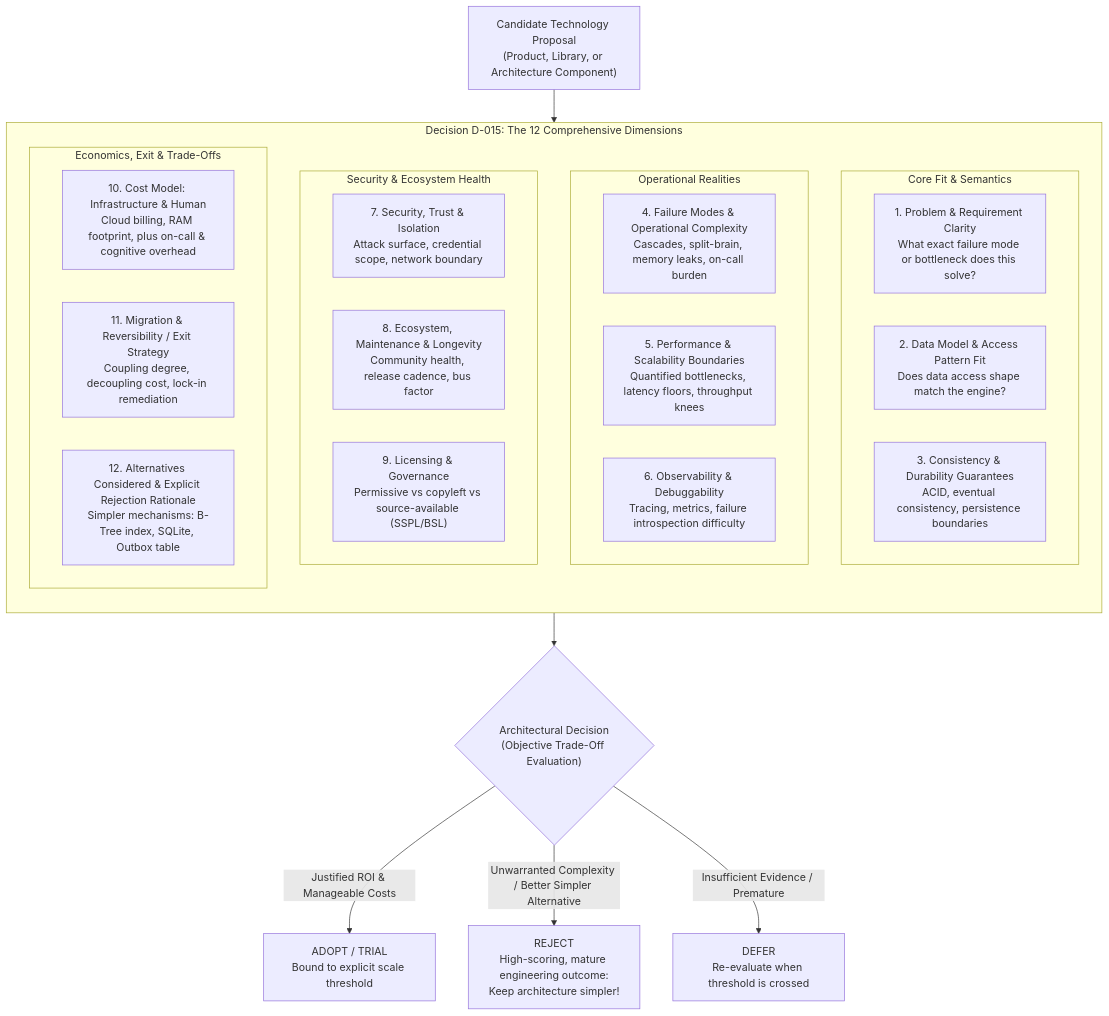
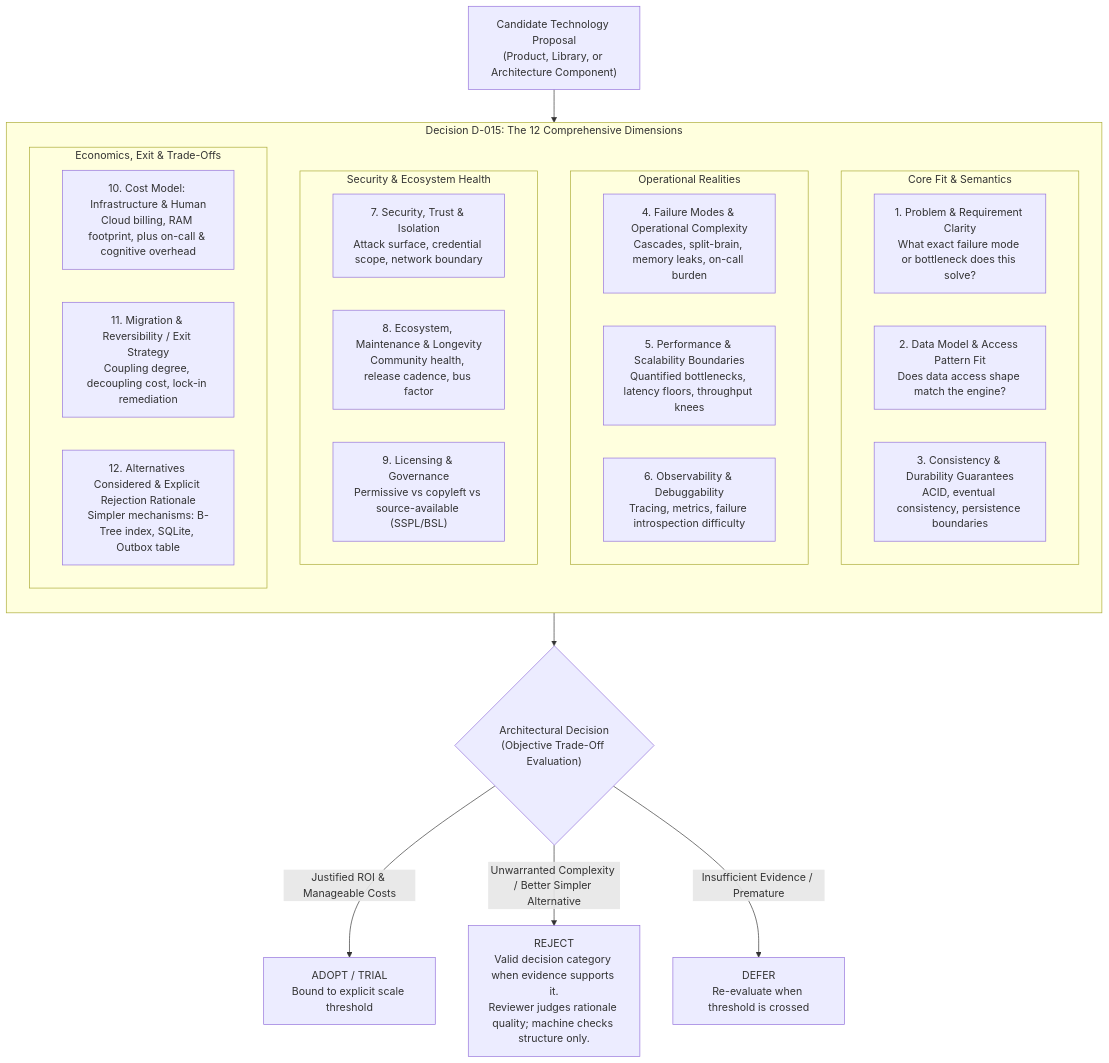
Before and after one commit to CN-JJB/essential-cs: the diagram in book/23-systems-thinking-judgment/visuals/FIG-M23-03-decision-d015-technology-evaluation.mmd, drawn with Mermaid. The commit also changed 5 other files, not shown here.

```diff
--- a/book/23-systems-thinking-judgment/visuals/FIG-M23-03-decision-d015-technology-evaluation.mmd
+++ b/book/23-systems-thinking-judgment/visuals/FIG-M23-03-decision-d015-technology-evaluation.mmd
@@ -1,36 +1,36 @@
 %% FIG-M23-03 — Decision D-015 12-Dimension Technology Evaluation Framework
 %% Original, course-owned, editable Mermaid source for Essential CS.
 flowchart TB
     CAND["Candidate Technology Proposal<br/>(Product, Library, or Architecture Component)"] --> D12
 
     subgraph D12 ["Decision D-015: The 12 Comprehensive Dimensions"]
         direction TB
         subgraph G1 ["Core Fit & Semantics"]
             D1["1. Problem & Requirement Clarity<br/>What exact failure mode or bottleneck does this solve?"]
             D2["2. Data Model & Access Pattern Fit<br/>Does data access shape match the engine?"]
             D3["3. Consistency & Durability Guarantees<br/>ACID, eventual consistency, persistence boundaries"]
         end
 
         subgraph G2 ["Operational Realities"]
             D4["4. Failure Modes & Operational Complexity<br/>Cascades, split-brain, memory leaks, on-call burden"]
             D5["5. Performance & Scalability Boundaries<br/>Quantified bottlenecks, latency floors, throughput knees"]
             D6["6. Observability & Debuggability<br/>Tracing, metrics, failure introspection difficulty"]
         end
 
         subgraph G3 ["Security & Ecosystem Health"]
             D7["7. Security, Trust & Isolation<br/>Attack surface, credential scope, network boundary"]
             D8["8. Ecosystem, Maintenance & Longevity<br/>Community health, release cadence, bus factor"]
             D9["9. Licensing & Governance<br/>Permissive vs copyleft vs source-available (SSPL/BSL)"]
         end
 
         subgraph G4 ["Economics, Exit & Trade-Offs"]
             D10["10. Cost Model: Infrastructure & Human<br/>Cloud billing, RAM footprint, plus on-call & cognitive overhead"]
             D11["11. Migration & Reversibility / Exit Strategy<br/>Coupling degree, decoupling cost, lock-in remediation"]
             D12_DIM["12. Alternatives Considered & Explicit Rejection Rationale<br/>Simpler mechanisms: B-Tree index, SQLite, Outbox table"]
         end
     end
 
     D12 --> DEC{"Architectural Decision<br/>(Objective Trade-Off Evaluation)"}
     DEC -->|"Justified ROI & Manageable Costs"| ADOPT["ADOPT / TRIAL<br/>Bound to explicit scale threshold"]
-    DEC -->|"Unwarranted Complexity / Better Simpler Alternative"| REJECT["REJECT<br/>High-scoring, mature engineering outcome:<br/>Keep architecture simpler!"]
+    DEC -->|"Unwarranted Complexity / Better Simpler Alternative"| REJECT["REJECT<br/>Valid decision category when evidence supports it.<br/>Reviewer judges rationale quality; machine checks structure only."]
     DEC -->|"Insufficient Evidence / Premature"| DEFER["DEFER<br/>Re-evaluate when threshold is crossed"]
```
